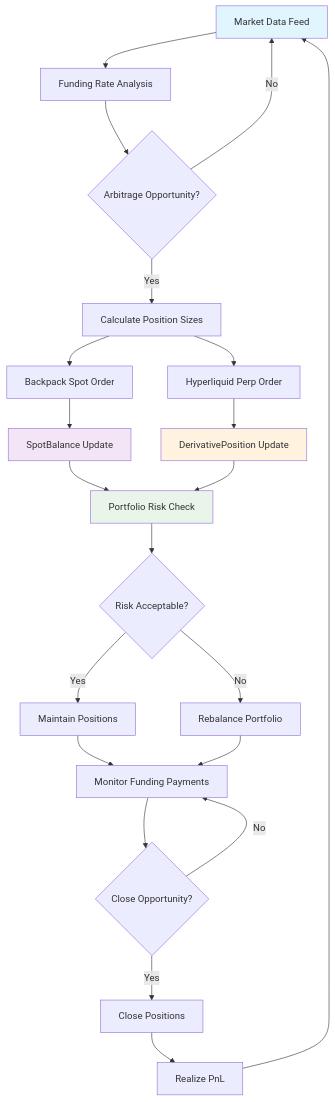
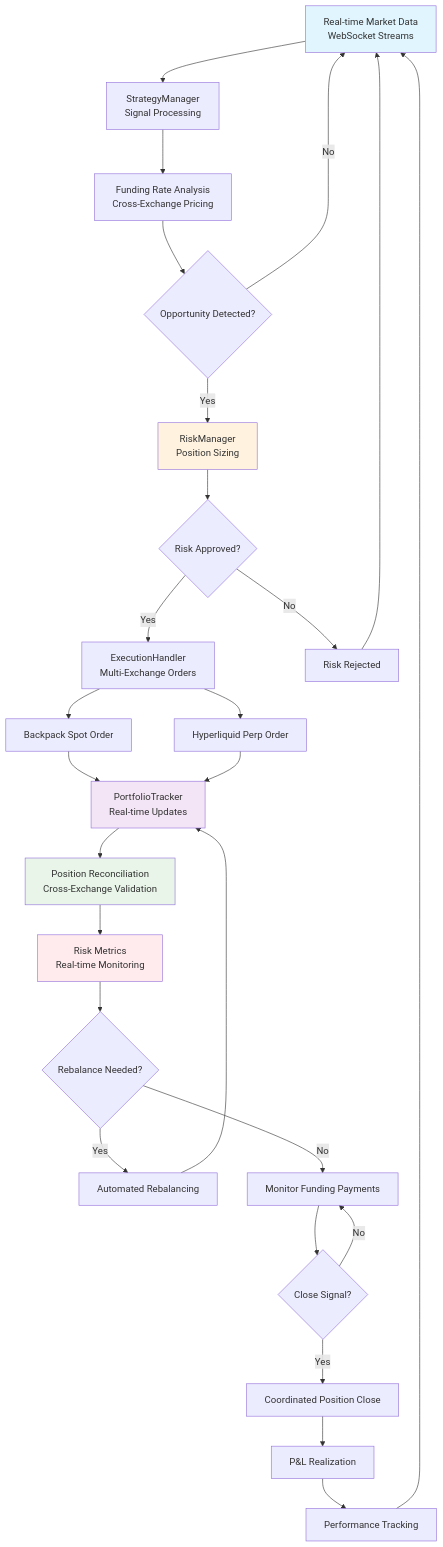
Before and after one commit to plataplomo/hummingbot: diagram 11 of 11 in workflow/spot_vs_derivatives_tests_analysis.md, drawn with Mermaid. The commit also changed other lines of this file and 58 other files, not shown here.

First line of the commit message:
feat: Add comprehensive analysis and recommendations for time fixture refactor in CyberDeltaEngine

````diff
--- a/workflow/spot_vs_derivatives_tests_analysis.md
+++ b/workflow/spot_vs_derivatives_tests_analysis.md
@@ -902,35 +976,42 @@
 ```mermaid
 graph TB
-    A[Market Data Feed] --> B[Funding Rate Analysis]
-    B --> C{Arbitrage Opportunity?}
-    C -->|Yes| D[Calculate Position Sizes]
-    C -->|No| A
+    A[Real-time Market Data<br/>WebSocket Streams] --> B[StrategyManager<br/>Signal Processing]
+    B --> C[Funding Rate Analysis<br/>Cross-Exchange Pricing]
+    C --> D{Opportunity Detected?}
+    D -->|Yes| E[RiskManager<br/>Position Sizing]
+    D -->|No| A
     
-    D --> E[Backpack Spot Order]
-    D --> F[Hyperliquid Perp Order]
+    E --> F{Risk Approved?}
+    F -->|Yes| G[ExecutionHandler<br/>Multi-Exchange Orders]
+    F -->|No| H[Risk Rejected]
     
-    E --> G[SpotBalance Update]
-    F --> H[DerivativePosition Update]
+    G --> I[Backpack Spot Order]
+    G --> J[Hyperliquid Perp Order]
     
-    G --> I[Portfolio Risk Check]
-    H --> I
+    I --> K[PortfolioTracker<br/>Real-time Updates]
+    J --> K
     
-    I --> J{Risk Acceptable?}
-    J -->|Yes| K[Maintain Positions]
-    J -->|No| L[Rebalance Portfolio]
+    K --> L[Position Reconciliation<br/>Cross-Exchange Validation]
+    L --> M[Risk Metrics<br/>Real-time Monitoring]
     
-    K --> M[Monitor Funding Payments]
-    L --> M
+    M --> N{Rebalance Needed?}
+    N -->|Yes| O[Automated Rebalancing]
+    N -->|No| P[Monitor Funding Payments]
     
-    M --> N{Close Opportunity?}
-    N -->|Yes| O[Close Positions]
-    N -->|No| M
+    O --> K
+    P --> Q{Close Signal?}
+    Q -->|Yes| R[Coordinated Position Close]
+    Q -->|No| P
     
-    O --> P[Realize PnL]
-    P --> A
+    R --> S[P&L Realization]
+    S --> T[Performance Tracking]
+    T --> A
+    
+    H --> A
     
     style A fill:#e1f5fe
-    style G fill:#f3e5f5
-    style H fill:#fff3e0
-    style I fill:#e8f5e8
+    style E fill:#fff3e0
+    style K fill:#f3e5f5
+    style L fill:#e8f5e8
+    style M fill:#ffebee
 ```
````
